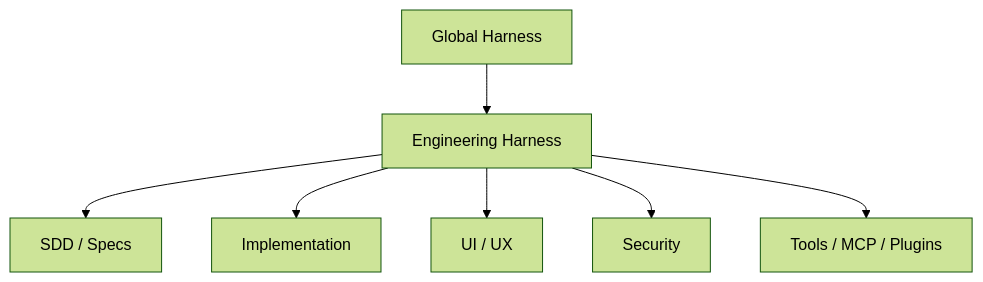
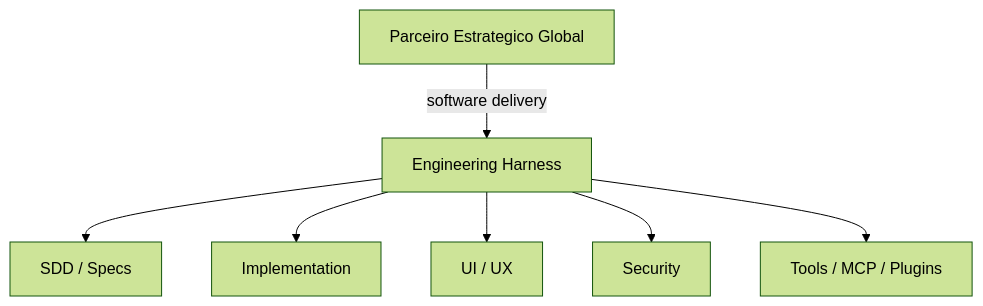
Before and after one commit to guilhermedemorais-dev/Dev-workflow: the diagram in README.md, drawn with Mermaid (forest theme). The commit also changed other lines of this file, not shown here.

Commit message:
docs: document global strategic plugin

````diff
--- a/README.md
+++ b/README.md
@@ -75,9 +100,9 @@
 ```mermaid
 flowchart TD
-    A[Global Harness] --> B[Engineering Harness]
+    A[Parceiro Estrategico Global] -->|software delivery| B[Engineering Harness]
     B --> C[SDD / Specs]
     B --> D[Implementation]
     B --> E[UI / UX]
     B --> F[Security]
     B --> G[Tools / MCP / Plugins]
 ```
````
